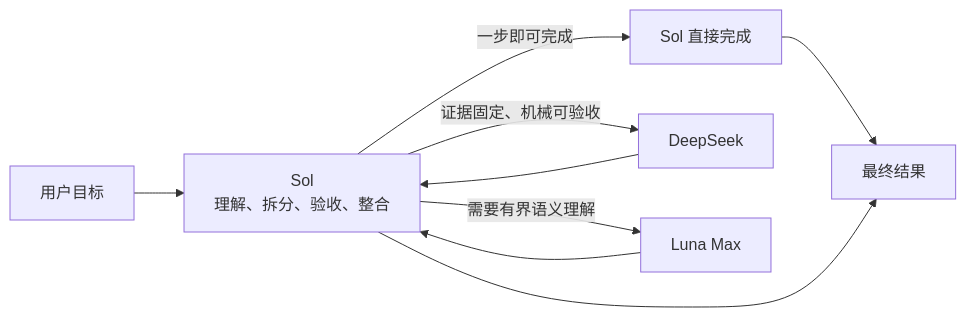
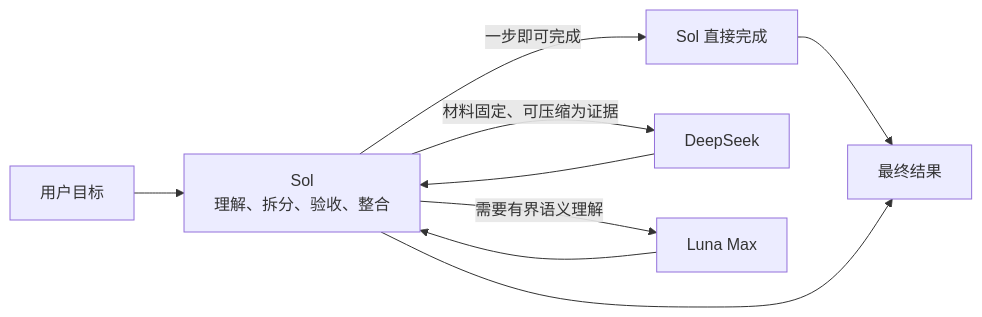
The diagram in README.md (liuyejinghong/sol-worker-routing-codex), drawn with Mermaid before and after one commit. The commit also changed other lines of this file and 6 other files, not shown here.

````diff
--- a/README.md
+++ b/README.md
@@ -49,11 +49,11 @@
 ```mermaid
 flowchart LR
     U["用户目标"] --> S["Sol<br/>理解、拆分、验收、整合"]
     S -->|"一步即可完成"| D["Sol 直接完成"]
-    S -->|"证据固定、机械可验收"| DS["DeepSeek"]
+    S -->|"材料固定、可压缩为证据"| DS["DeepSeek"]
     S -->|"需要有界语义理解"| L["Luna Max"]
     D --> O["最终结果"]
     DS --> S
     L --> S
     S --> O
 ```
````
